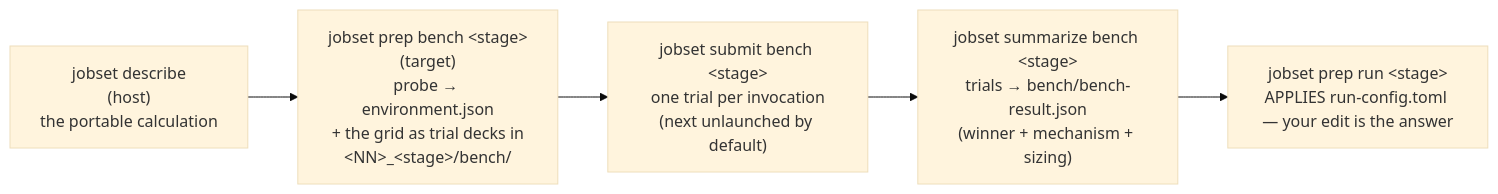
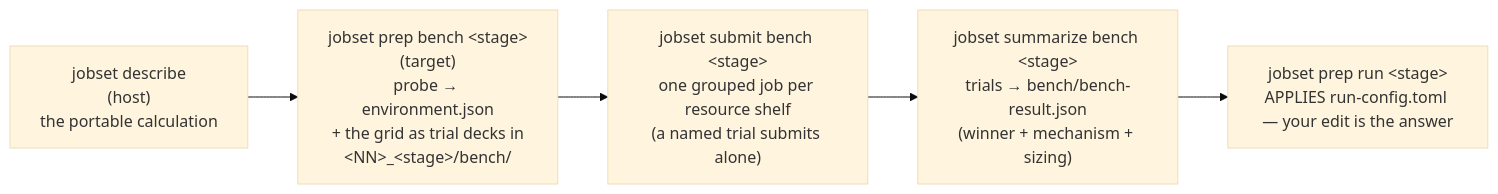
The ninth of 9 diagrams in docs/execution/job-system.md (Qing-LAB/molbuilder), drawn with Mermaid (base theme) before and after one commit. The commit also changed other lines of this file and 17 other files, not shown here.

````diff
--- a/docs/execution/job-system.md
+++ b/docs/execution/job-system.md
@@ -1151,9 +1153,9 @@
 ```mermaid
 flowchart LR
     D["jobset describe<br/>(host)<br/>the portable calculation"]
     P["jobset prep bench &lt;stage&gt;<br/>(target)<br/>probe → environment.json<br/>+ the grid as trial decks in<br/>&lt;NN&gt;_&lt;stage&gt;/bench/"]
-    R["jobset submit bench &lt;stage&gt;<br/>one trial per invocation<br/>(next unlaunched by default)"]
+    R["jobset submit bench &lt;stage&gt;<br/>one grouped job per resource shelf<br/>(a named trial submits alone)"]
     S["jobset summarize bench &lt;stage&gt;<br/>trials → bench/bench-result.json<br/>(winner + mechanism + sizing)"]
     PR["jobset prep run &lt;stage&gt;<br/>APPLIES run-config.toml — your edit is the answer"]
     D --> P --> R --> S --> PR
 ```
````
